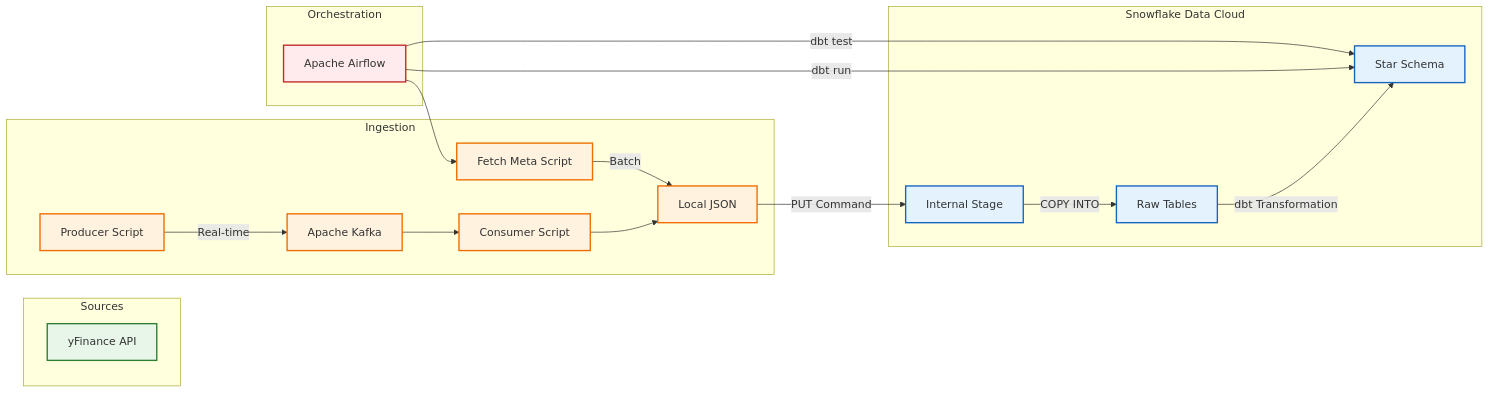
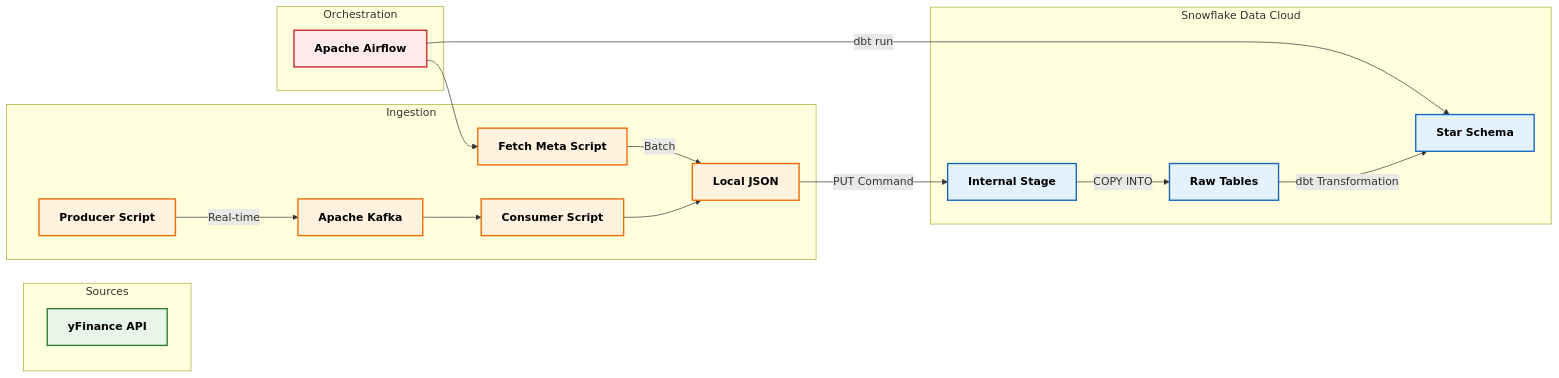
One commit to bharadwaj98/stock-market-pipeline changed the diagram in README.md. Above: the diagram before and after it, drawn with Mermaid.

Commit message:
Modified the formatting of the Readme file

````diff
--- a/README.md
+++ b/README.md
@@ -16,36 +16,36 @@
 ```mermaid
 graph LR
     %% Define Styles
-    classDef source fill:#e8f5e9,stroke:#2e7d32,stroke-width:2px;
-    classDef ingestion fill:#fff3e0,stroke:#ef6c00,stroke-width:2px;
-    classDef storage fill:#e3f2fd,stroke:#1565c0,stroke-width:2px;
-    classDef orchestration fill:#ffebee,stroke:#c62828,stroke-width:2px;
+    %% Added 'color:#000' to force black text regardless of viewer theme
+    classDef source fill:#e8f5e9,stroke:#2e7d32,stroke-width:2px,color:#000,font-weight:bold;
+    classDef ingestion fill:#fff3e0,stroke:#ef6c00,stroke-width:2px,color:#000,font-weight:bold;
+    classDef storage fill:#e3f2fd,stroke:#1565c0,stroke-width:2px,color:#000,font-weight:bold;
+    classDef orchestration fill:#ffebee,stroke:#c62828,stroke-width:2px,color:#000,font-weight:bold;
 
     subgraph Sources
         YF[yFinance API]:::source
     end
 
     subgraph Ingestion
         Producer[Producer Script]:::ingestion -->|Real-time| Kafka[Apache Kafka]:::ingestion
         Kafka --> Consumer[Consumer Script]:::ingestion
         BatchScript[Fetch Meta Script]:::ingestion -->|Batch| LocalFiles[Local JSON]:::ingestion
         Consumer --> LocalFiles
     end
 
     subgraph Snowflake Data Cloud
         Stage[Internal Stage]:::storage
         Raw[Raw Tables]:::storage
         Analytics[Star Schema]:::storage
     end
 
     subgraph Orchestration
         Airflow[Apache Airflow]:::orchestration
     end
 
     LocalFiles -->|PUT Command| Stage
     Stage -->|COPY INTO| Raw
     Raw -->|dbt Transformation| Analytics
     Airflow --> BatchScript
     Airflow -->|dbt run| Analytics
-    Airflow -->|dbt test| Analytics
 ```
````
